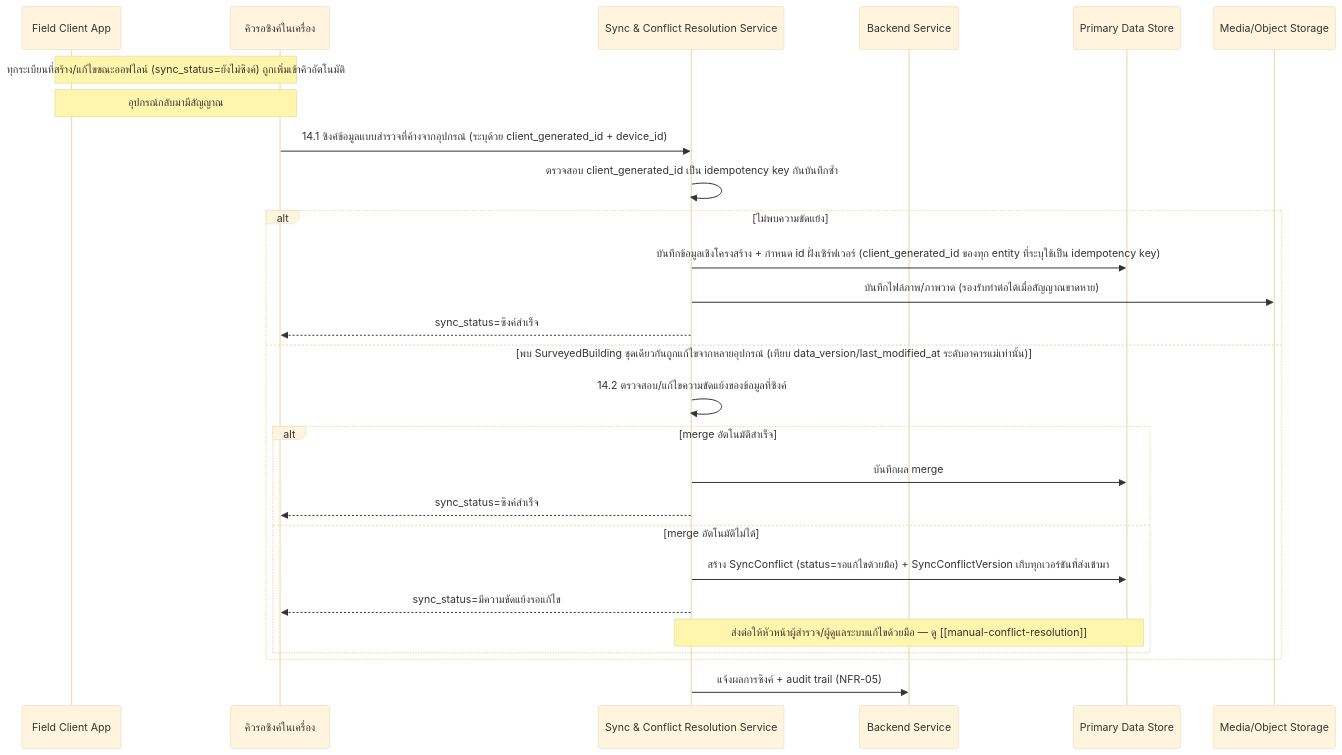
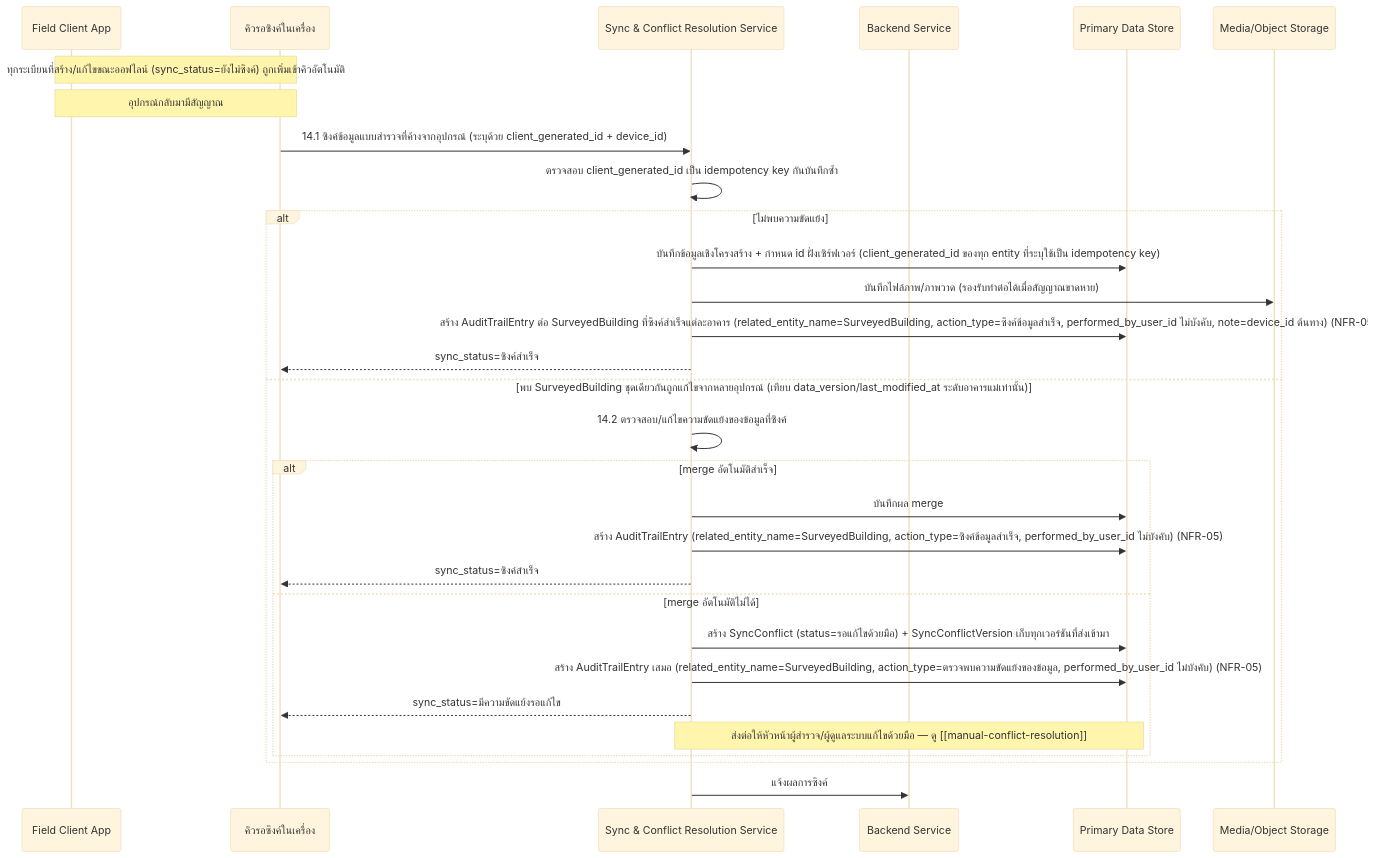
The first of 2 diagrams in docs/02-design/02-technical/detailed-design/offline-sync.md (sirikorn-cmru/CrackAI-Field), drawn with Mermaid (base theme) before and after one commit. The commit also changed other lines of this file and 4 other files, not shown here.

First line of the commit message:
docs: sync เอกสารเทคนิค 4 ชั้นตาม architecture ที่เพิ่งเติม 5 หัวข้อ

````diff
--- a/docs/02-design/02-technical/detailed-design/offline-sync.md
+++ b/docs/02-design/02-technical/detailed-design/offline-sync.md
@@ -9,30 +9,33 @@
 ```mermaid
 sequenceDiagram
     participant FC as Field Client App
     participant Queue as คิวรอซิงค์ในเครื่อง
     participant Sync as Sync & Conflict Resolution Service
     participant BE as Backend Service
     participant DB as Primary Data Store
     participant Media as Media/Object Storage
 
     Note over FC,Queue: ทุกระเบียนที่สร้าง/แก้ไขขณะออฟไลน์ (sync_status=ยังไม่ซิงค์) ถูกเพิ่มเข้าคิวอัตโนมัติ
     Note over FC,Queue: อุปกรณ์กลับมามีสัญญาณ
     Queue->>Sync: 14.1 ซิงค์ข้อมูลแบบสำรวจที่ค้างจากอุปกรณ์ (ระบุด้วย client_generated_id + device_id)
     Sync->>Sync: ตรวจสอบ client_generated_id เป็น idempotency key กันบันทึกซ้ำ
     alt ไม่พบความขัดแย้ง
         Sync->>DB: บันทึกข้อมูลเชิงโครงสร้าง + กำหนด id ฝั่งเซิร์ฟเวอร์ (client_generated_id ของทุก entity ที่ระบุใช้เป็น idempotency key)
         Sync->>Media: บันทึกไฟล์ภาพ/ภาพวาด (รองรับทำต่อได้เมื่อสัญญาณขาดหาย)
+        Sync->>DB: สร้าง AuditTrailEntry ต่อ SurveyedBuilding ที่ซิงค์สำเร็จแต่ละอาคาร (related_entity_name=SurveyedBuilding, action_type=ซิงค์ข้อมูลสำเร็จ, performed_by_user_id ไม่บังคับ, note=device_id ต้นทาง) (NFR-05)
         Sync-->>Queue: sync_status=ซิงค์สำเร็จ
     else พบ SurveyedBuilding ชุดเดียวกันถูกแก้ไขจากหลายอุปกรณ์ (เทียบ data_version/last_modified_at ระดับอาคารแม่เท่านั้น)
         Sync->>Sync: 14.2 ตรวจสอบ/แก้ไขความขัดแย้งของข้อมูลที่ซิงค์
         alt merge อัตโนมัติสำเร็จ
             Sync->>DB: บันทึกผล merge
+            Sync->>DB: สร้าง AuditTrailEntry (related_entity_name=SurveyedBuilding, action_type=ซิงค์ข้อมูลสำเร็จ, performed_by_user_id ไม่บังคับ) (NFR-05)
             Sync-->>Queue: sync_status=ซิงค์สำเร็จ
         else merge อัตโนมัติไม่ได้
             Sync->>DB: สร้าง SyncConflict (status=รอแก้ไขด้วยมือ) + SyncConflictVersion เก็บทุกเวอร์ชันที่ส่งเข้ามา
+            Sync->>DB: สร้าง AuditTrailEntry เสมอ (related_entity_name=SurveyedBuilding, action_type=ตรวจพบความขัดแย้งของข้อมูล, performed_by_user_id ไม่บังคับ) (NFR-05)
             Sync-->>Queue: sync_status=มีความขัดแย้งรอแก้ไข
             Note over Sync,DB: ส่งต่อให้หัวหน้าผู้สำรวจ/ผู้ดูแลระบบแก้ไขด้วยมือ — ดู [[manual-conflict-resolution]]
         end
     end
-    Sync->>BE: แจ้งผลการซิงค์ + audit trail (NFR-05)
+    Sync->>BE: แจ้งผลการซิงค์
 ```
````
